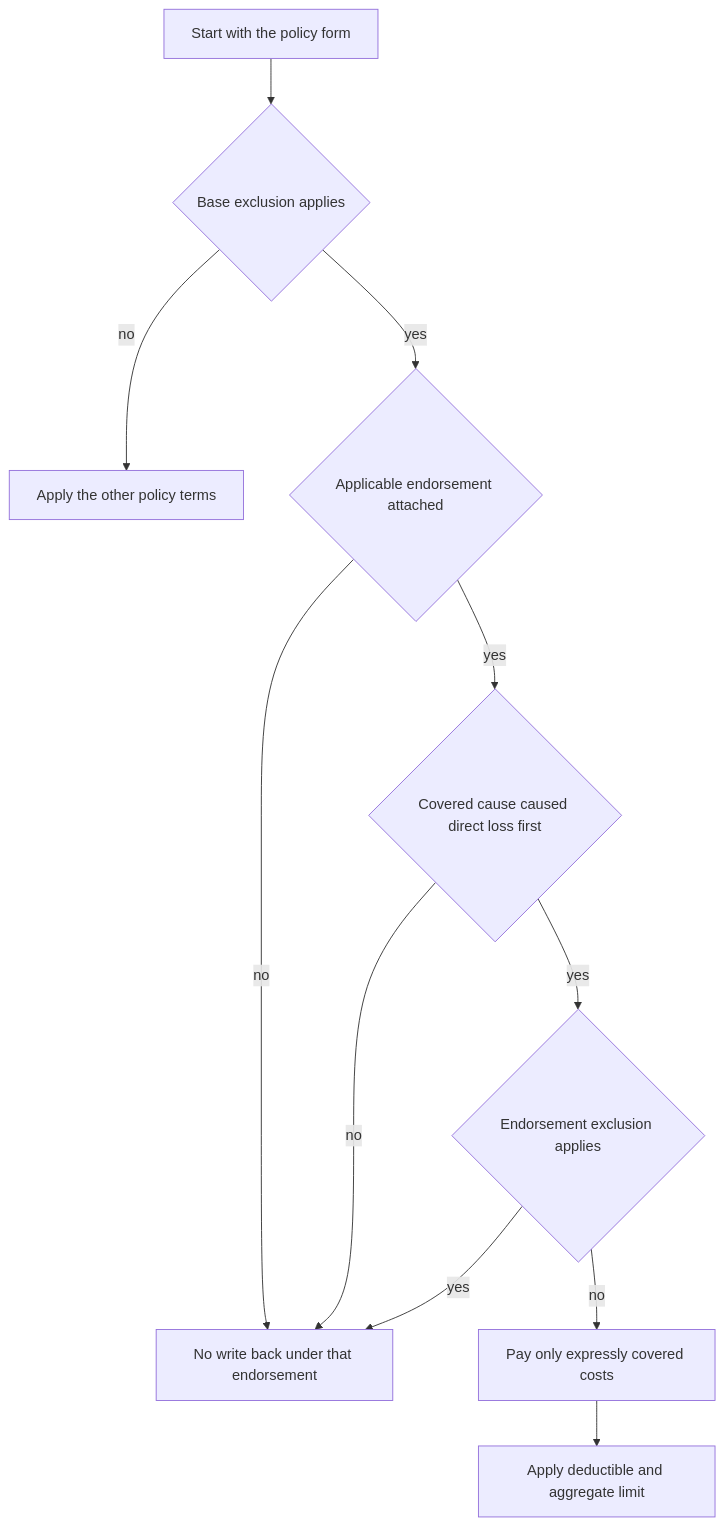
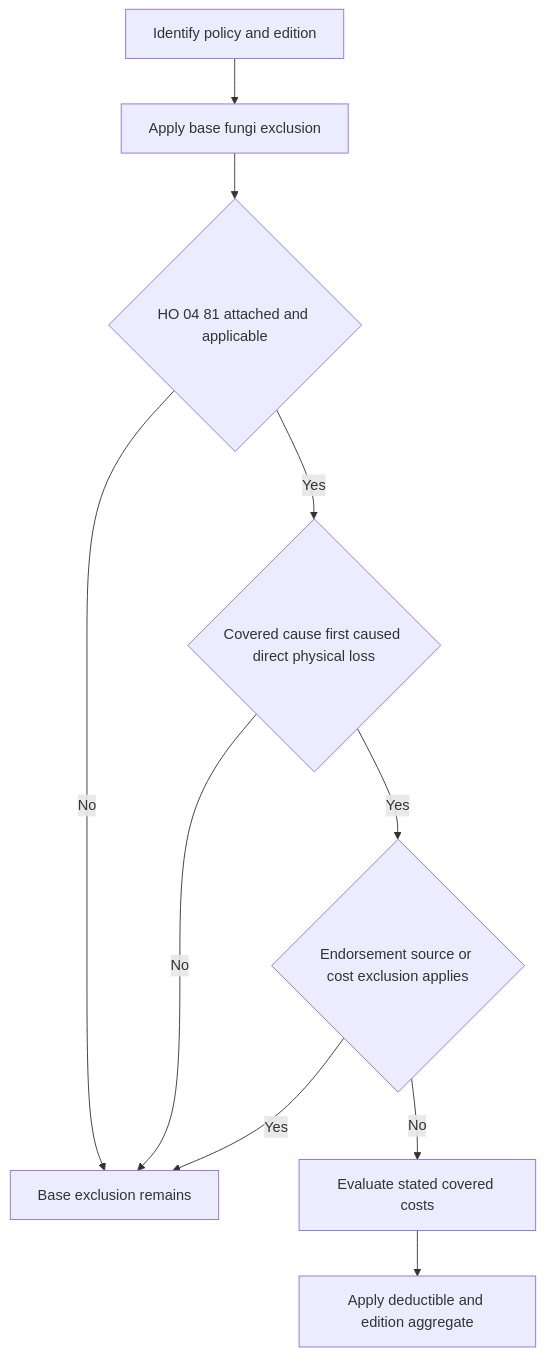
The diagram in openwiki/coverage/perils/fungi-and-bacteria.md (eugeneliu-86/openwiki-insurance-corpus), drawn with Mermaid before and after one commit. The commit also changed other lines of this file and 17 other files, not shown here.

````diff
--- a/openwiki/coverage/perils/fungi-and-bacteria.md
+++ b/openwiki/coverage/perils/fungi-and-bacteria.md
@@ -36,13 +38,12 @@
 ```mermaid
 flowchart TD
-    A["Start with the policy form"] --> B{"Base exclusion applies"}
-    B -->|"no"| C["Apply the other policy terms"]
-    B -->|"yes"| D{"Applicable endorsement attached"}
-    D -->|"no"| E["No write back under that endorsement"]
-    D -->|"yes"| F{"Covered cause caused direct loss first"}
-    F -->|"no"| E
-    F -->|"yes"| G{"Endorsement exclusion applies"}
-    G -->|"yes"| E
-    G -->|"no"| H["Pay only expressly covered costs"]
-    H --> I["Apply deductible and aggregate limit"]
+    A["Identify policy and edition"] --> B["Apply base fungi exclusion"]
+    B --> C{"HO 04 81 attached and applicable"}
+    C -->|"No"| D["Base exclusion remains"]
+    C -->|"Yes"| E{"Covered cause first caused direct physical loss"}
+    E -->|"No"| D
+    E -->|"Yes"| F{"Endorsement source or cost exclusion applies"}
+    F -->|"Yes"| D
+    F -->|"No"| G["Evaluate stated covered costs"]
+    G --> H["Apply deductible and edition aggregate"]
 ```
````
